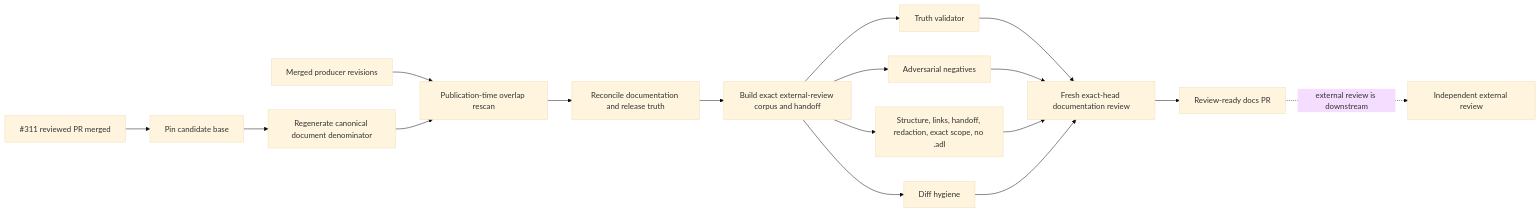
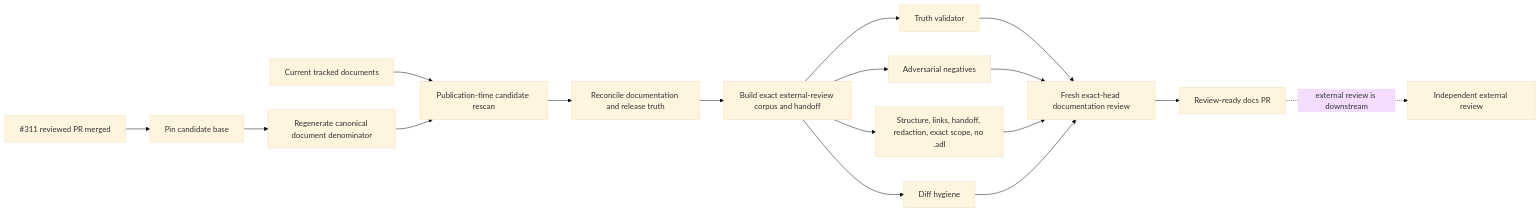
One commit to agent-logic/agent-design-language changed the diagram in .csdlc/prepared/issues/312/diagram.mmd. Above: the diagram before and after it, drawn with Mermaid (base theme). The commit also changed 13 other files, not shown here.

```diff
--- a/.csdlc/prepared/issues/312/diagram.mmd
+++ b/.csdlc/prepared/issues/312/diagram.mmd
@@ -1,17 +1,17 @@
 flowchart LR
   M["#311 reviewed PR merged"] --> B["Pin candidate base"]
   B --> C["Regenerate canonical document denominator"]
-  P["Merged producer revisions"] --> R["Publication-time overlap rescan"]
+  P["Current tracked documents"] --> R["Publication-time candidate rescan"]
   C --> R
   R --> T["Reconcile documentation and release truth"]
   T --> H["Build exact external-review corpus and handoff"]
   H --> V1["Truth validator"]
   H --> V2["Adversarial negatives"]
   H --> V3["Structure, links, handoff, redaction, exact scope, no .adl"]
   H --> V4["Diff hygiene"]
   V1 --> X["Fresh exact-head documentation review"]
   V2 --> X
   V3 --> X
   V4 --> X
   X --> O["Review-ready docs PR"]
   O -. "external review is downstream" .-> E["Independent external review"]
```
